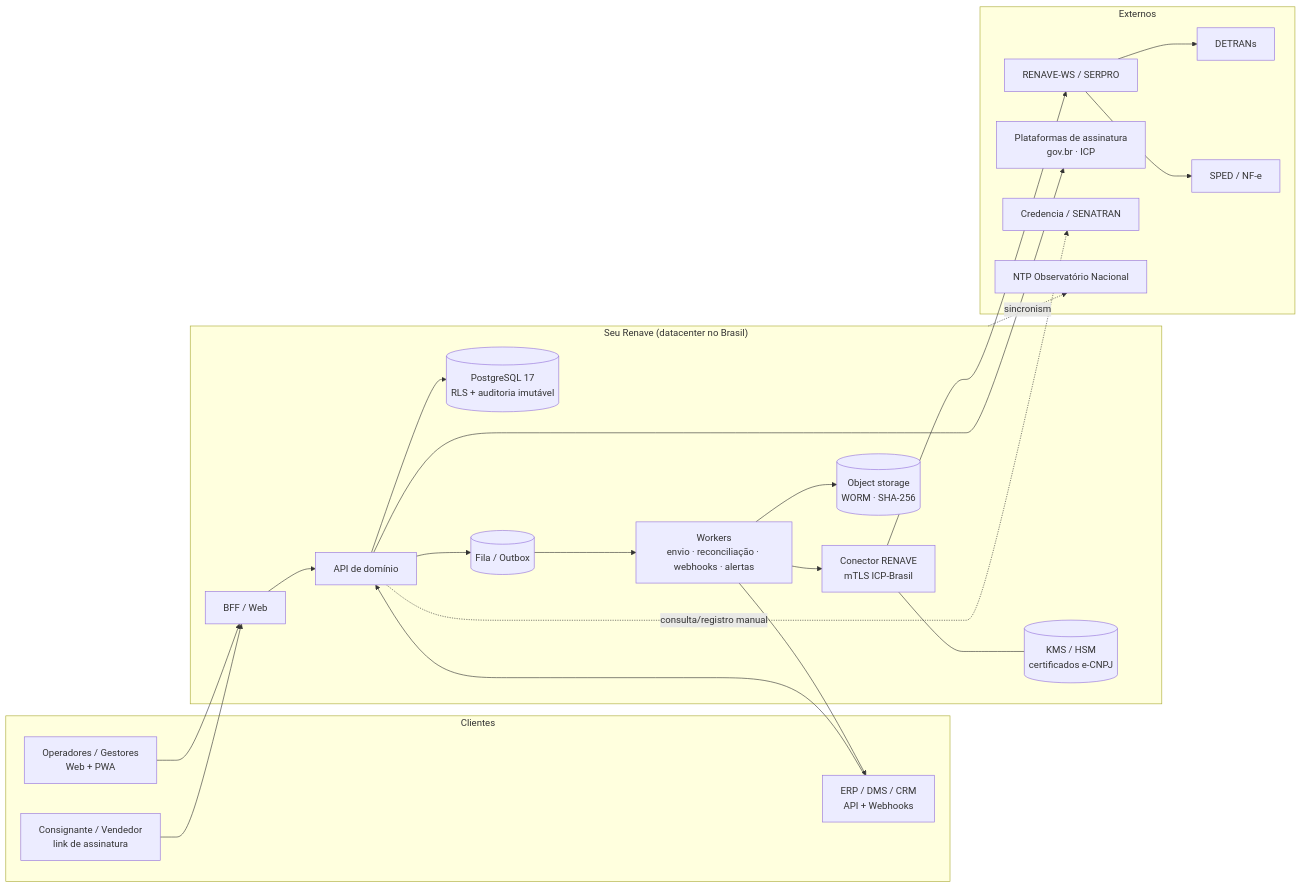
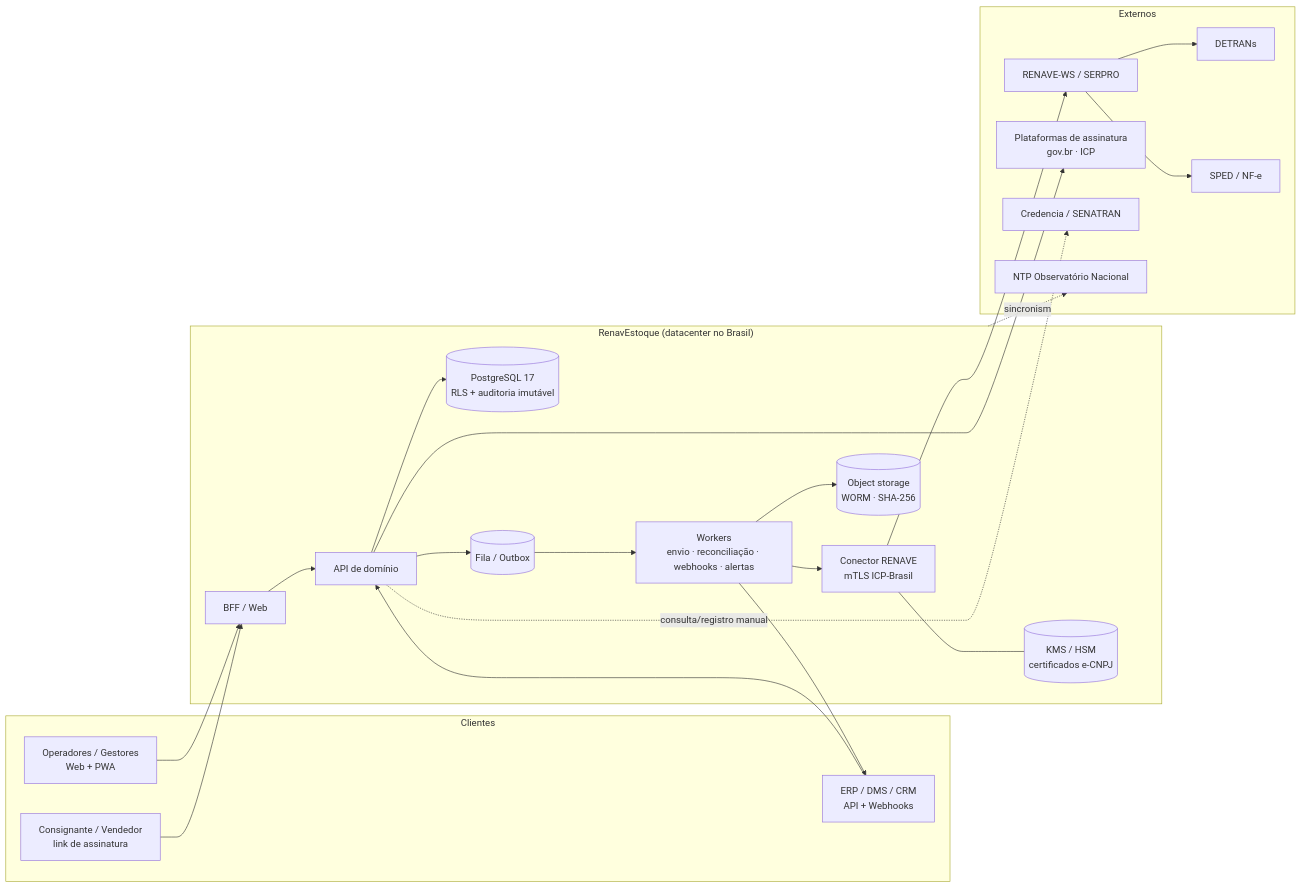
The first of 4 diagrams in docs/07-arquitetura-e-dados.md (joaopaulomirandamatias/renave), drawn with Mermaid before and after one commit. The commit also changed 18 other files, not shown here.

Commit message:
chore(brand): rename product to RenavEstoque

````diff
--- a/docs/07-arquitetura-e-dados.md
+++ b/docs/07-arquitetura-e-dados.md
@@ -5,39 +5,39 @@
 ```mermaid
 flowchart LR
   subgraph Clientes
     U[Operadores / Gestores<br/>Web + PWA]
     ERP[ERP / DMS / CRM<br/>API + Webhooks]
     CON[Consignante / Vendedor<br/>link de assinatura]
   end
-  subgraph Plataforma["Seu Renave (datacenter no Brasil)"]
+  subgraph Plataforma["RenavEstoque (datacenter no Brasil)"]
     BFF[BFF / Web]
     API[API de domínio]
     WK[Workers<br/>envio · reconciliação · webhooks · alertas]
     CX[Conector RENAVE<br/>mTLS ICP-Brasil]
     KMS[(KMS / HSM<br/>certificados e-CNPJ)]
     DB[(PostgreSQL 17<br/>RLS + auditoria imutável)]
     S3[(Object storage<br/>WORM · SHA-256)]
     Q[(Fila / Outbox)]
   end
   subgraph Externos
     RNV[RENAVE-WS / SERPRO]
     DET[DETRANs]
     SPED[SPED / NF-e]
     ASS[Plataformas de assinatura<br/>gov.br · ICP]
     CRD[Credencia / SENATRAN]
     NTP[NTP Observatório Nacional]
   end
   U --> BFF --> API
   ERP --> API
   CON --> BFF
   API --> DB
   API --> Q --> WK --> CX --> RNV
   CX --- KMS
   WK --> S3
   WK --> ERP
   RNV --> DET
   RNV --> SPED
   API --> ASS
   API -.consulta/registro manual.-> CRD
   Plataforma -.sincronismo.-> NTP
 ```
````
